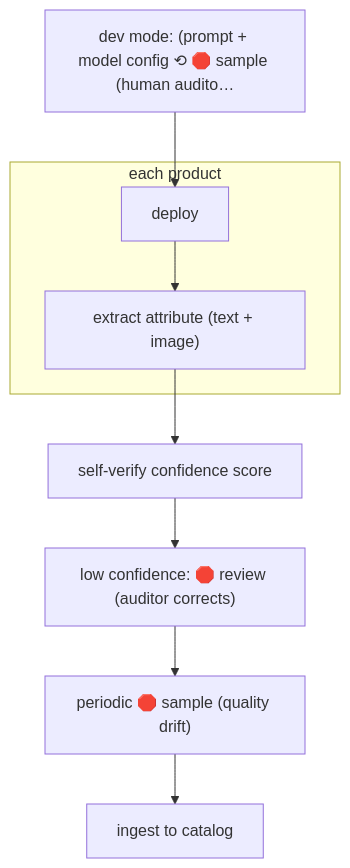
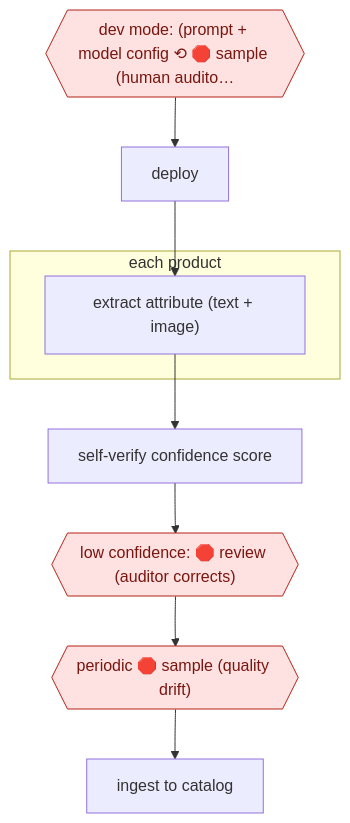
One commit to milesradford99/agent-workflow-atlas changed the diagram in workflows/COM/RET/CATALOG/confidence-sampled-attribute-extraction/README.md. Above: the diagram before and after it, drawn with Mermaid. The commit also changed 171 other files, not shown here.

````diff
--- a/workflows/COM/RET/CATALOG/confidence-sampled-attribute-extraction/README.md
+++ b/workflows/COM/RET/CATALOG/confidence-sampled-attribute-extraction/README.md
@@ -31,19 +31,19 @@
 ```mermaid
 flowchart TD
-  n1["dev mode: (prompt + model config ⟲ 🛑 sample (human audito…"]
+  n1{{"dev mode: (prompt + model config ⟲ 🛑 sample (human audito…"}}:::stop
   n2["deploy"]
-  n1 --> n2
   subgraph s3["each product"]
   n4["extract attribute (text + image)"]
-  n2 --> n4
   end
   n5["self-verify confidence score"]
+  n6{{"low confidence: 🛑 review (auditor corrects)"}}:::stop
+  n7{{"periodic 🛑 sample (quality drift)"}}:::stop
+  n8["ingest to catalog"]
+  n1 --> n2
+  n2 --> n4
   n4 --> n5
-  n6["low confidence: 🛑 review (auditor corrects)"]
   n5 --> n6
-  n7["periodic 🛑 sample (quality drift)"]
   n6 --> n7
-  n8["ingest to catalog"]
   n7 --> n8
   classDef stop fill:#fde2e1,stroke:#b42318,color:#7a1610
 ```
````
